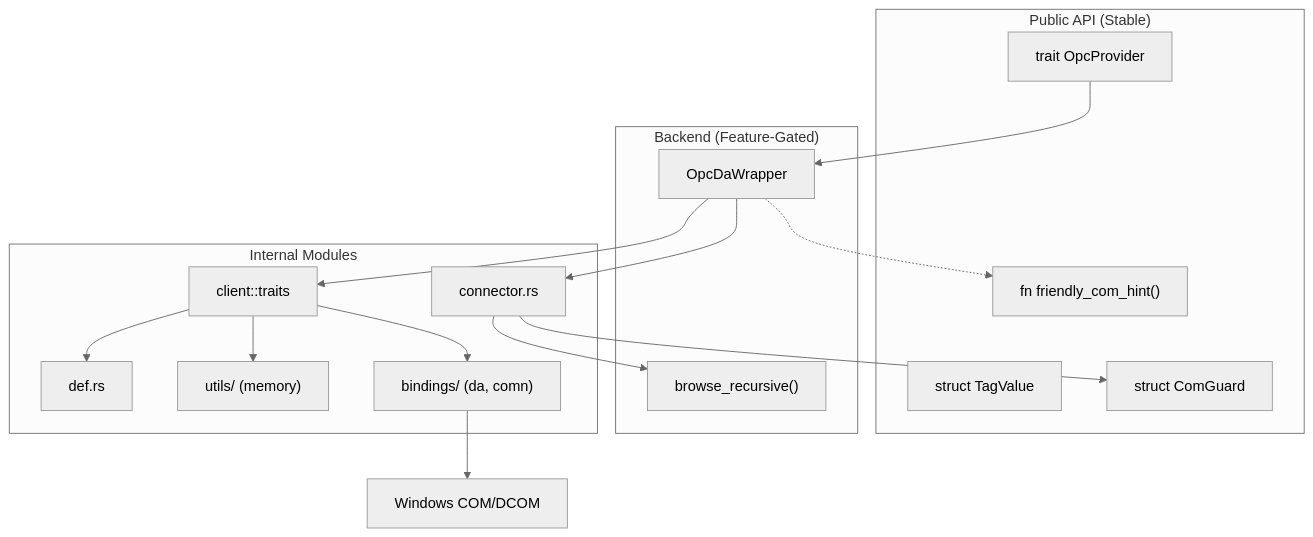
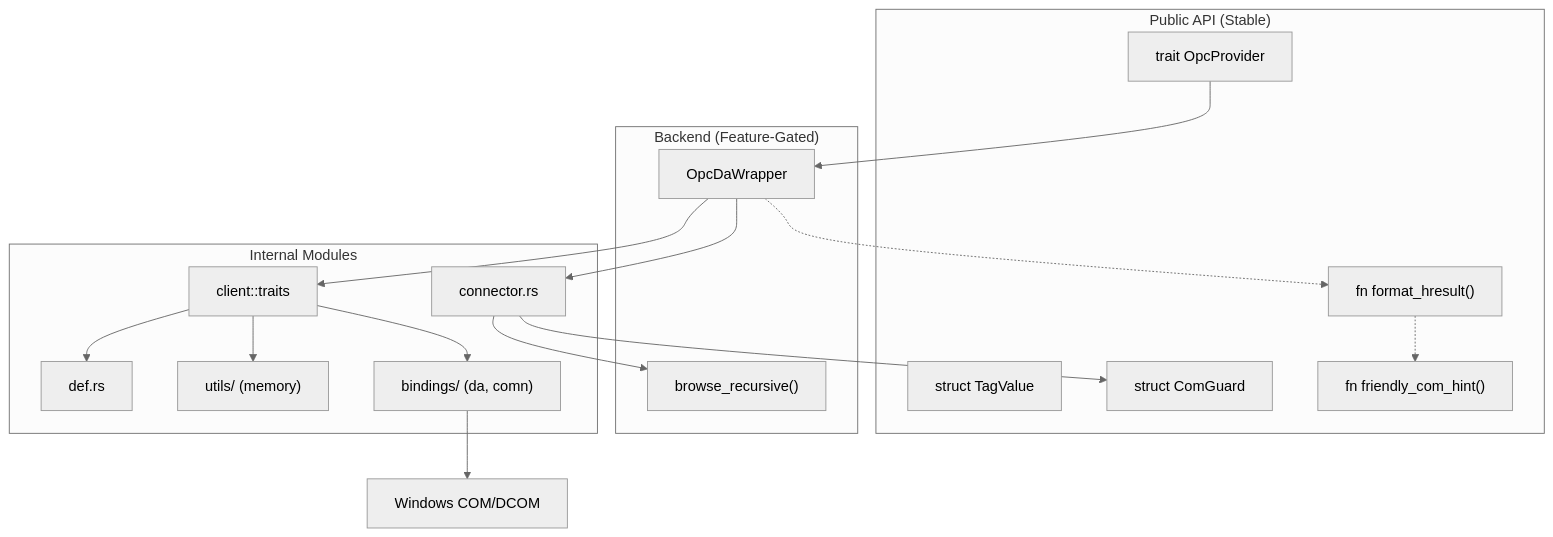
Before and after one commit to wends155/opc-cli: the diagram in opc-da-client/architecture.md, drawn with Mermaid (neutral theme). The commit also changed other lines of this file and 1 other file, not shown here.

Commit message:
docs: address documentation gaps in spec and architecture

````diff
--- a/opc-da-client/architecture.md
+++ b/opc-da-client/architecture.md
@@ -165,32 +170,34 @@
 ```mermaid
 graph TD
     subgraph "Public API (Stable)"
         Trait["trait OpcProvider"]
         TagValue["struct TagValue"]
         Guard["struct ComGuard"]
         Hint["fn friendly_com_hint()"]
+        FmtHR["fn format_hresult()"]
     end
 
     subgraph "Backend (Feature-Gated)"
         Wrapper["OpcDaWrapper"]
         Browse["browse_recursive()"]
     end
 
     subgraph "Internal Modules"
         ClientTraits["client::traits"]
         Defs["def.rs"]
         Utils["utils/ (memory)"]
         Bindings["bindings/ (da, comn)"]
         Connector["connector.rs"]
     end
 
     Trait --> Wrapper
     Wrapper --> Connector
     Connector --> Browse
     Connector --> Guard
     Wrapper --> ClientTraits
     ClientTraits --> Defs & Utils
     ClientTraits --> Bindings
     Bindings --> WinCOM["Windows COM/DCOM"]
-    Wrapper -.-> Hint
+    Wrapper -.-> FmtHR
+    FmtHR -.-> Hint
 ```
````
